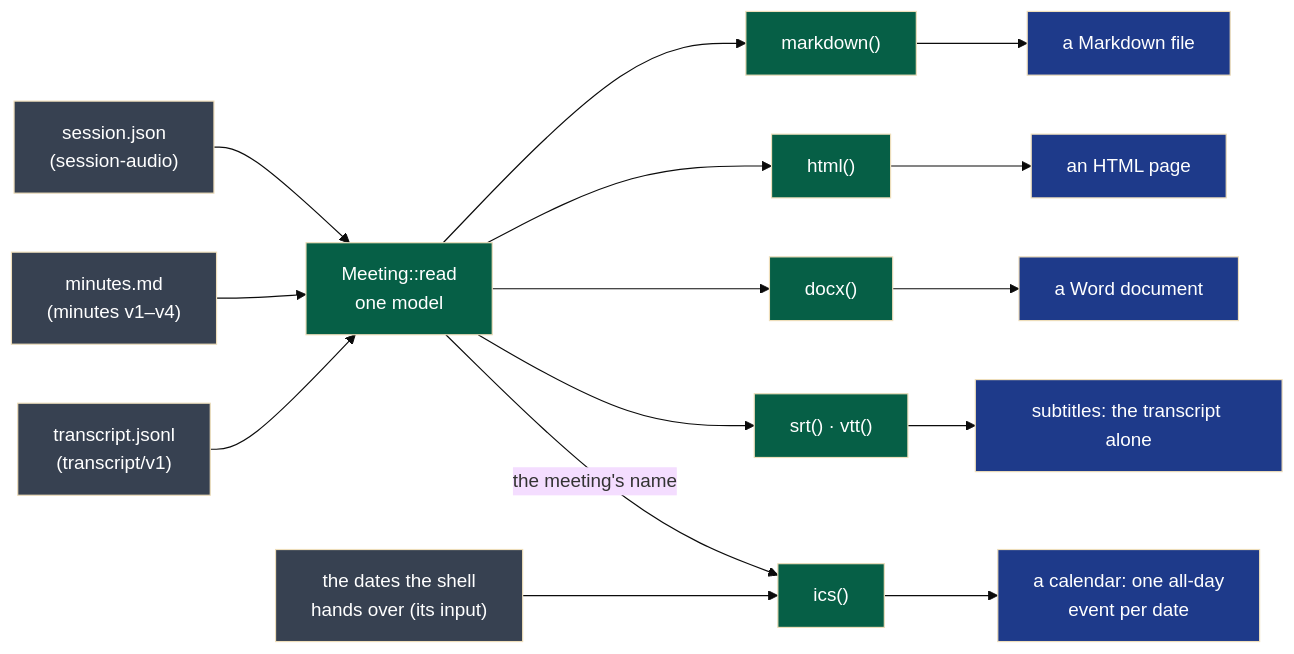
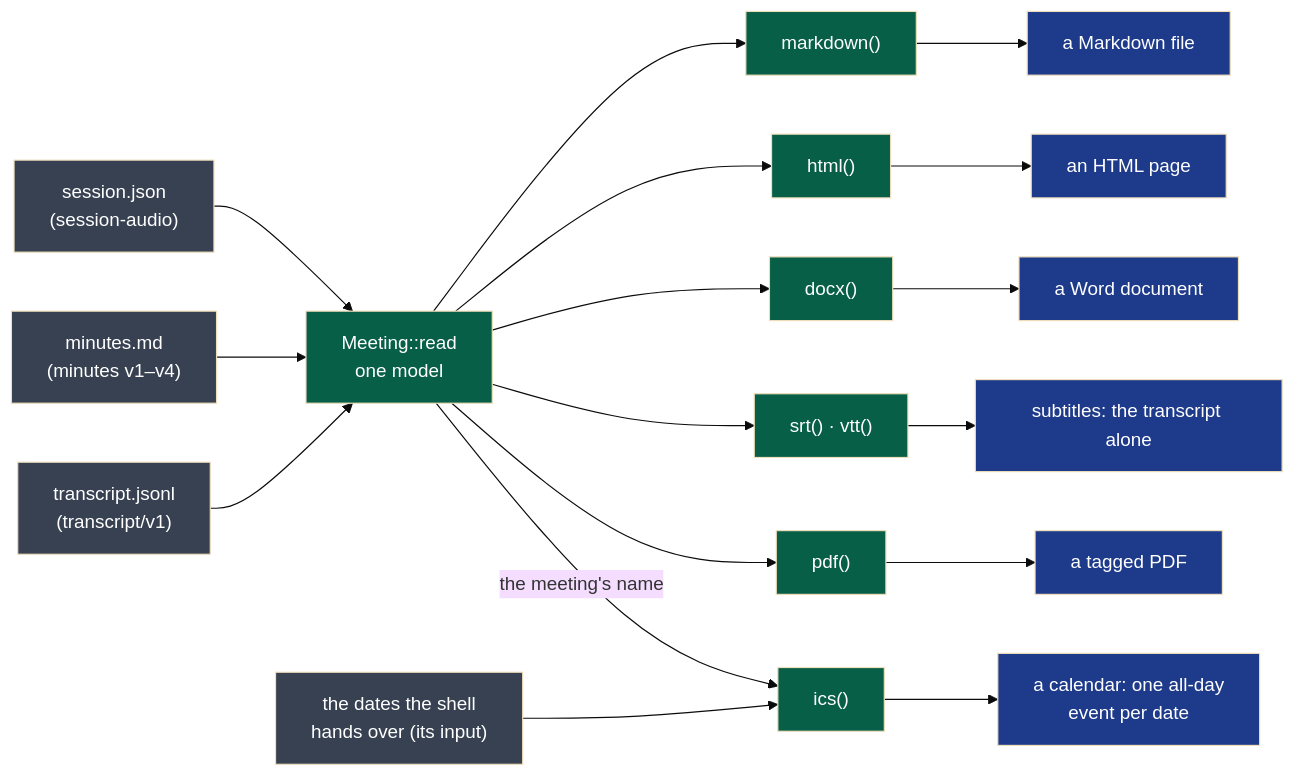
Before and after one commit to NapkinStack/kitokey: the diagram in modules/export/README.md, drawn with Mermaid (base theme). The commit also changed other lines of this file and 14 other files, not shown here.

First line of the commit message:
D108 — export: the meeting as a tagged PDF (PDF/UA-1) written by typst, every word a string literal, the fonts the caller's

````diff
--- a/modules/export/README.md
+++ b/modules/export/README.md
@@ -9,21 +9,23 @@
 ```mermaid
 flowchart LR
     S["session.json<br/>(session-audio)"]:::file --> M["Meeting::read<br/>one model"]:::module
     N["minutes.md<br/>(minutes v1–v4)"]:::file --> M
     T["transcript.jsonl<br/>(transcript/v1)"]:::file --> M
     M --> W["markdown()"]:::module
     W --> F["a Markdown file"]:::out
     M --> H["html()"]:::module
     H --> P["an HTML page"]:::out
     M --> D["docx()"]:::module
     D --> O["a Word document"]:::out
     M --> V["srt() · vtt()"]:::module
     V --> U["subtitles: the transcript alone"]:::out
+    M --> Q["pdf()"]:::module
+    Q --> R["a tagged PDF"]:::out
     C["the dates the shell<br/>hands over (its input)"]:::file --> I["ics()"]:::module
     M -->|"the meeting's name"| I
     I --> K["a calendar: one all-day<br/>event per date"]:::out
 
     classDef file fill:#374151,color:#fff
     classDef module fill:#065f46,color:#fff
     classDef out fill:#1e3a8a,color:#fff
 ```
````
